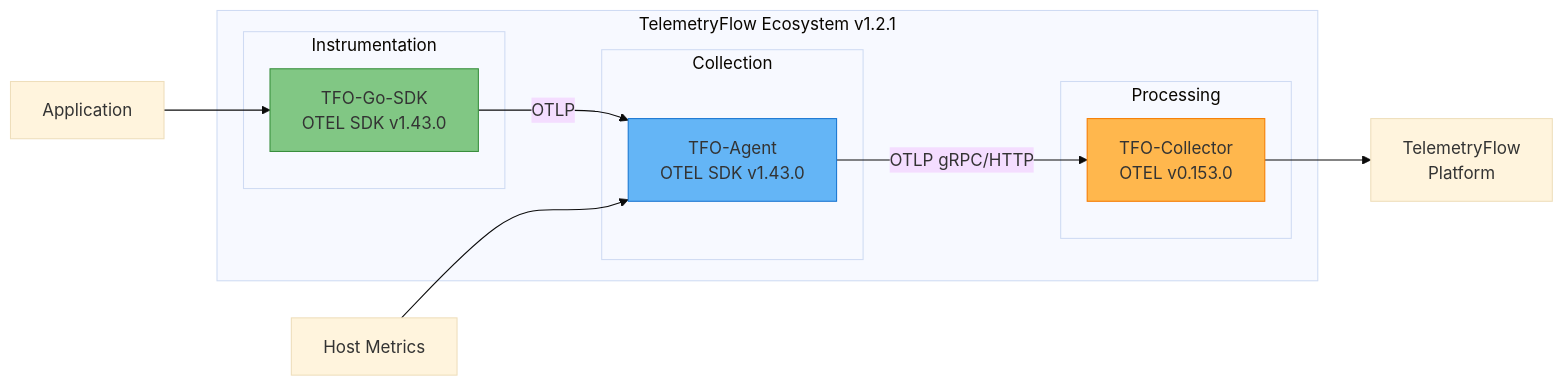
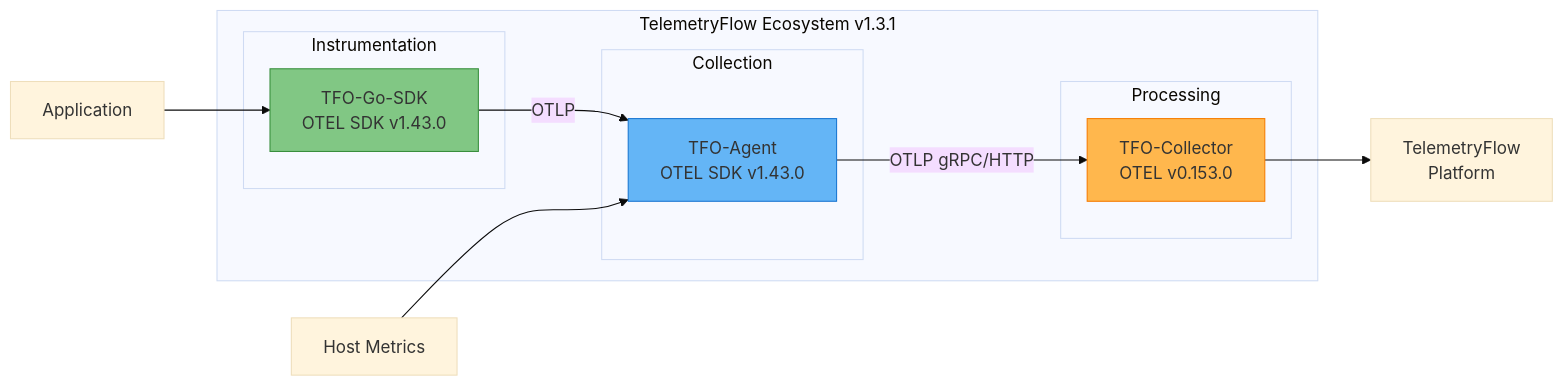
One commit to telemetryflow/telemetryflow-agent changed the first of 3 diagrams in docs/README.md. Above: the diagram before and after it, drawn with Mermaid (base theme). The commit also changed 9 other files, not shown here.

````diff
--- a/docs/README.md
+++ b/docs/README.md
@@ -29,26 +29,26 @@
 ```mermaid
 graph LR
-    subgraph "TelemetryFlow Ecosystem v1.2.1"
+    subgraph "TelemetryFlow Ecosystem v1.3.1"
         subgraph "Instrumentation"
             SDK[TFO-Go-SDK<br/>OTEL SDK v1.43.0]
         end
 
         subgraph "Collection"
             AGENT[TFO-Agent<br/>OTEL SDK v1.43.0]
         end
 
         subgraph "Processing"
             COLLECTOR[TFO-Collector<br/>OTEL v0.153.0]
         end
     end
 
     APP[Application] --> SDK
     SDK -->|OTLP| AGENT
     HOST[Host Metrics] --> AGENT
     AGENT -->|OTLP gRPC/HTTP| COLLECTOR
     COLLECTOR --> BACKEND[TelemetryFlow<br/>Platform]
 
     style SDK fill:#81C784,stroke:#388E3C
     style AGENT fill:#64B5F6,stroke:#1976D2
     style COLLECTOR fill:#FFB74D,stroke:#F57C00
 ```
````
